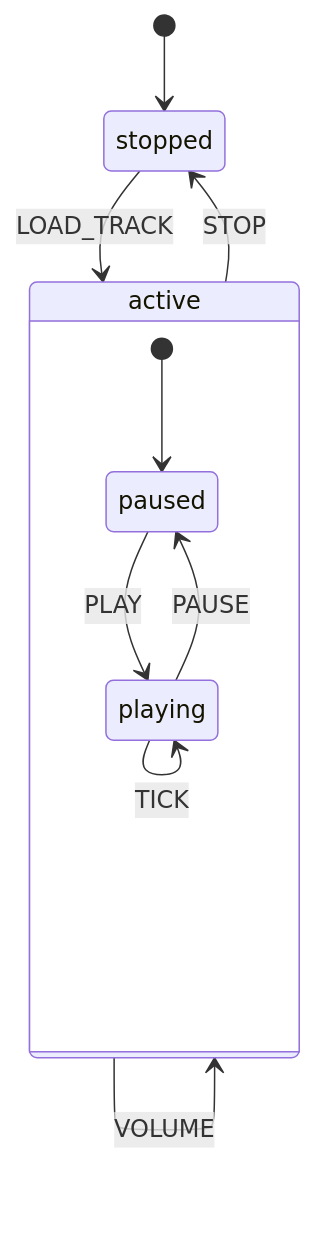
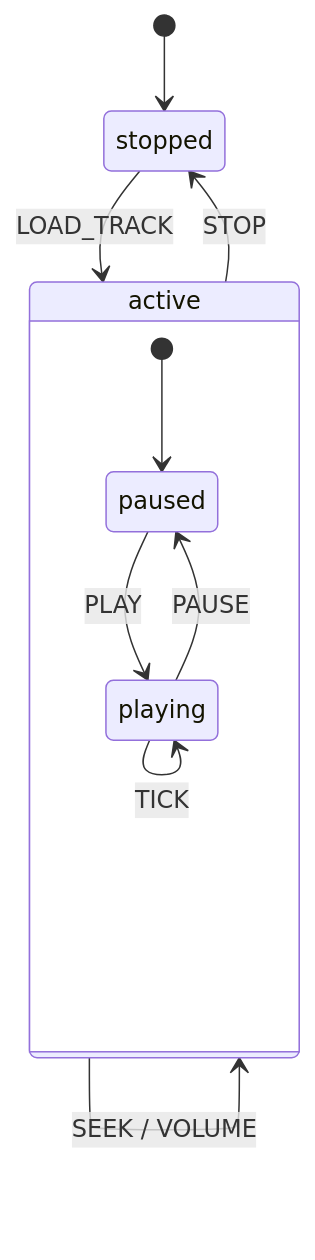
One commit to epatel/flutter_xstate changed the diagram in tutorial/step4_hierarchical/README.md. Above: the diagram before and after it, drawn with Mermaid. The commit also changed 4 other files, not shown here.

Commit message:
more diagram fixes

````diff
--- a/tutorial/step4_hierarchical/README.md
+++ b/tutorial/step4_hierarchical/README.md
@@ -32,16 +32,15 @@
 ```mermaid
 stateDiagram-v2
     [*] --> stopped
     stopped --> active : LOAD_TRACK
 
     state active {
         [*] --> paused
         paused --> playing : PLAY
         playing --> paused : PAUSE
         playing --> playing : TICK
     }
 
     active --> stopped : STOP
-    active --> active : SEEK
-    active --> active : VOLUME
+    active --> active : SEEK / VOLUME
 ```
````
